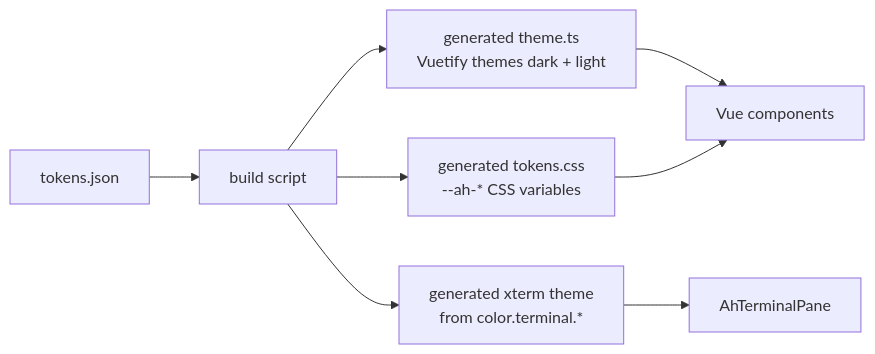
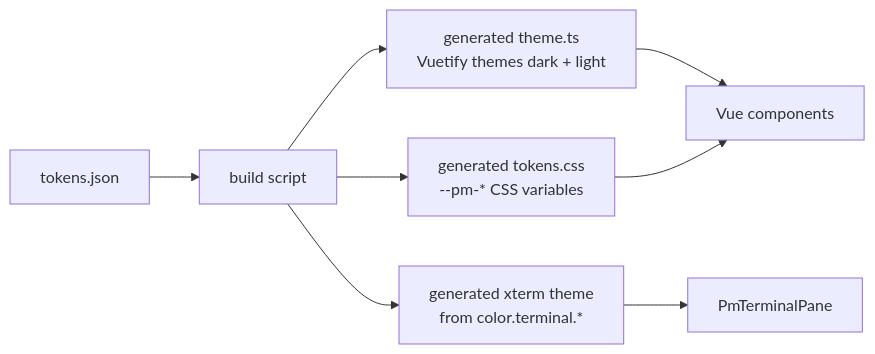
One commit to Dev-Sebi/Paneful-Manager changed the diagram in docs/design-system/README.md. Above: the diagram before and after it, drawn with Mermaid. The commit also changed other lines of this file and 42 other files, not shown here.

````diff
--- a/docs/design-system/README.md
+++ b/docs/design-system/README.md
@@ -21,10 +21,10 @@
 ```mermaid
 flowchart LR
   T[tokens.json] --> B[build script]
   B --> V[generated theme.ts<br/>Vuetify themes dark + light]
-  B --> C[generated tokens.css<br/>--ah-* CSS variables]
+  B --> C[generated tokens.css<br/>--pm-* CSS variables]
   B --> X[generated xterm theme<br/>from color.terminal.*]
   V --> A[Vue components]
   C --> A
-  X --> P[AhTerminalPane]
+  X --> P[PmTerminalPane]
 ```
````
